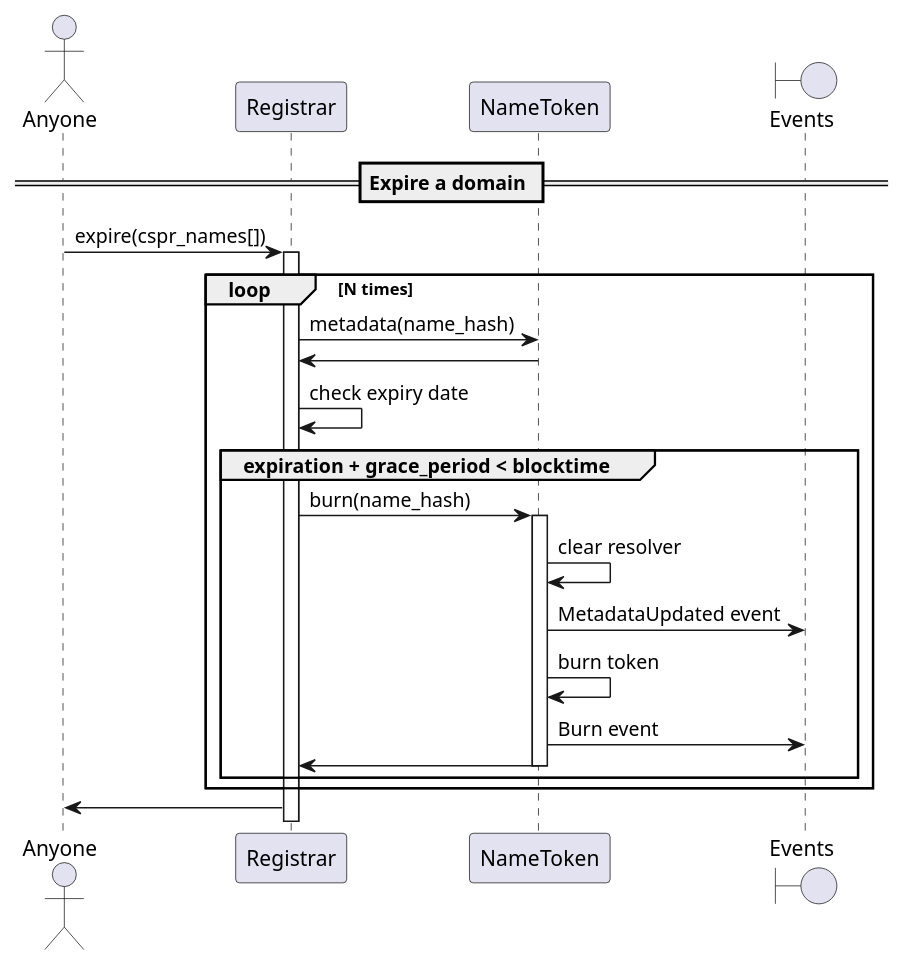
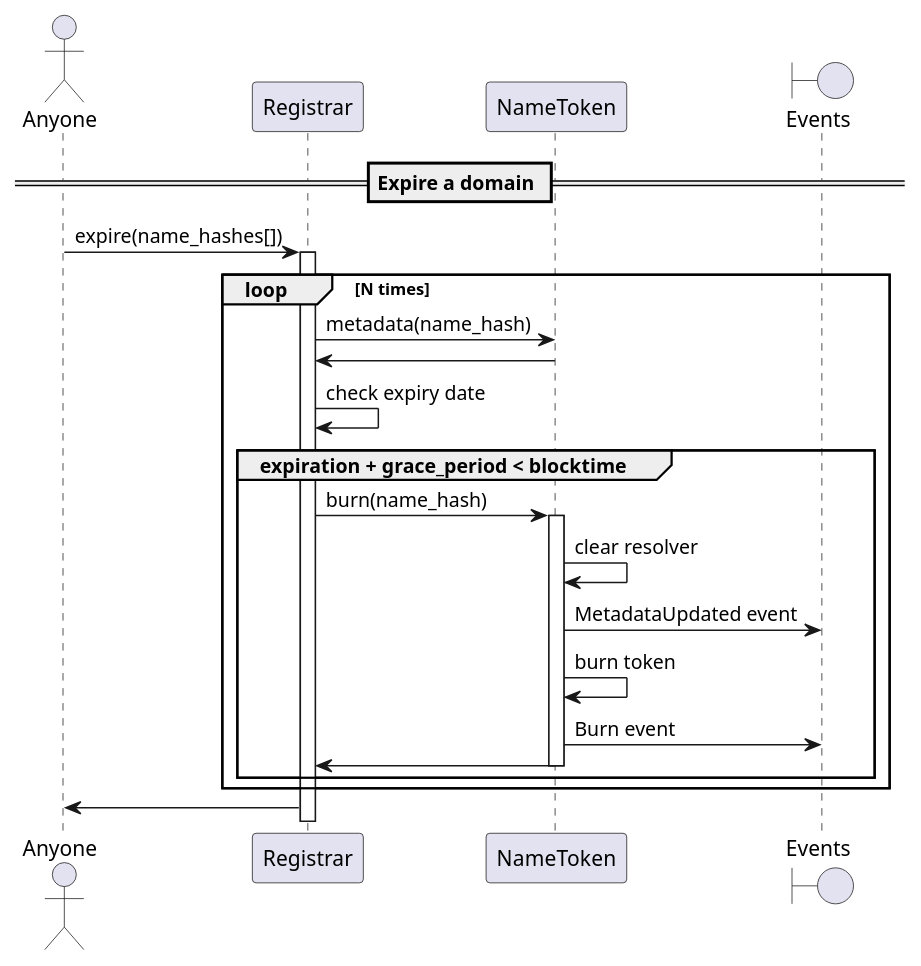
One commit to make-software/cspr-name-contracts changed the diagram in docs/sequence-diagrams/puml/expire-domain.puml. Above: the diagram before and after it, drawn with PlantUML. The commit also changed 2 other files, not shown here.

Commit message:
expire(), admin_transfer(), and admin_burn() registrar methods take name_hashes[] as input instead of cspr_names[].

```diff
--- a/docs/sequence-diagrams/puml/expire-domain.puml
+++ b/docs/sequence-diagrams/puml/expire-domain.puml
@@ -1,32 +1,32 @@
 @startuml
 'https://plantuml.com/sequence-diagram
 
 'autonumber
 actor "Anyone"
 participant "Registrar"
 participant "NameToken"
 boundary "Events"
 
 == Expire a domain ==
 
-"Anyone" -> "Registrar": expire(cspr_names[])
+"Anyone" -> "Registrar": expire(name_hashes[])
 activate Registrar
 loop N times
     Registrar -> NameToken: metadata(name_hash)
     NameToken -> Registrar
     Registrar -> Registrar: check expiry date
     group expiration + grace_period < blocktime
         Registrar -> NameToken: burn(name_hash)
         activate NameToken
         NameToken -> NameToken: clear resolver
         NameToken -> "Events": MetadataUpdated event
         NameToken -> NameToken: burn token
         NameToken -> "Events": Burn event
         NameToken -> Registrar
         deactivate NameToken
     end
 end
 
 Registrar -> "Anyone"
 
 @enduml
```
